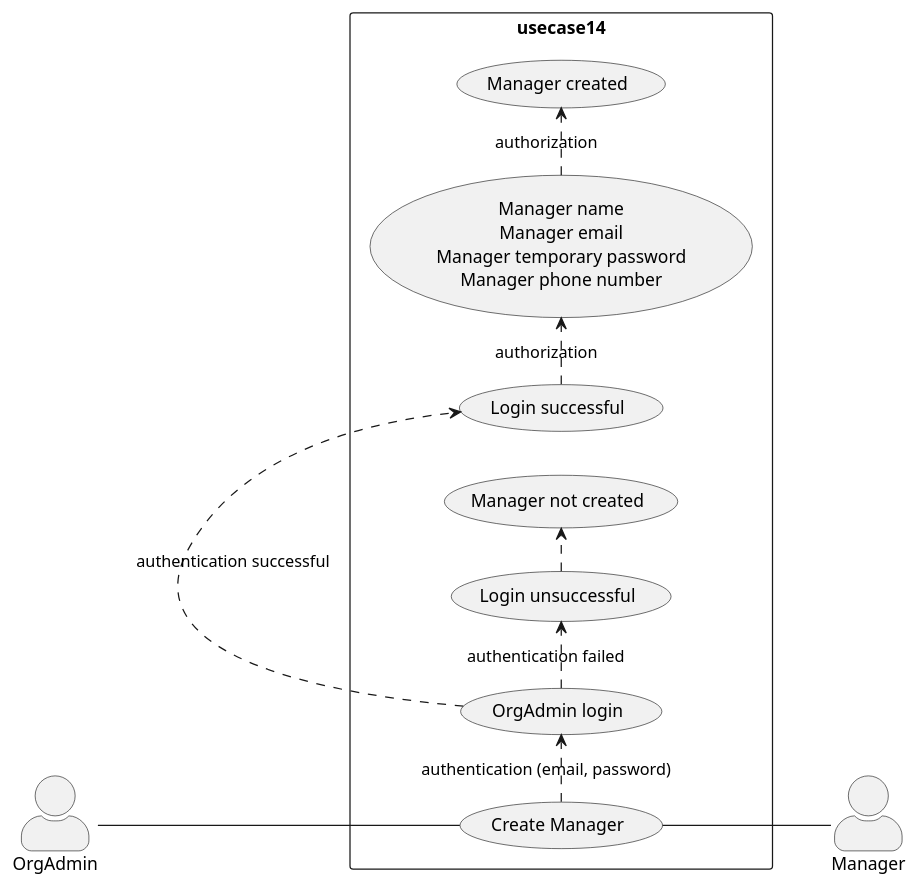
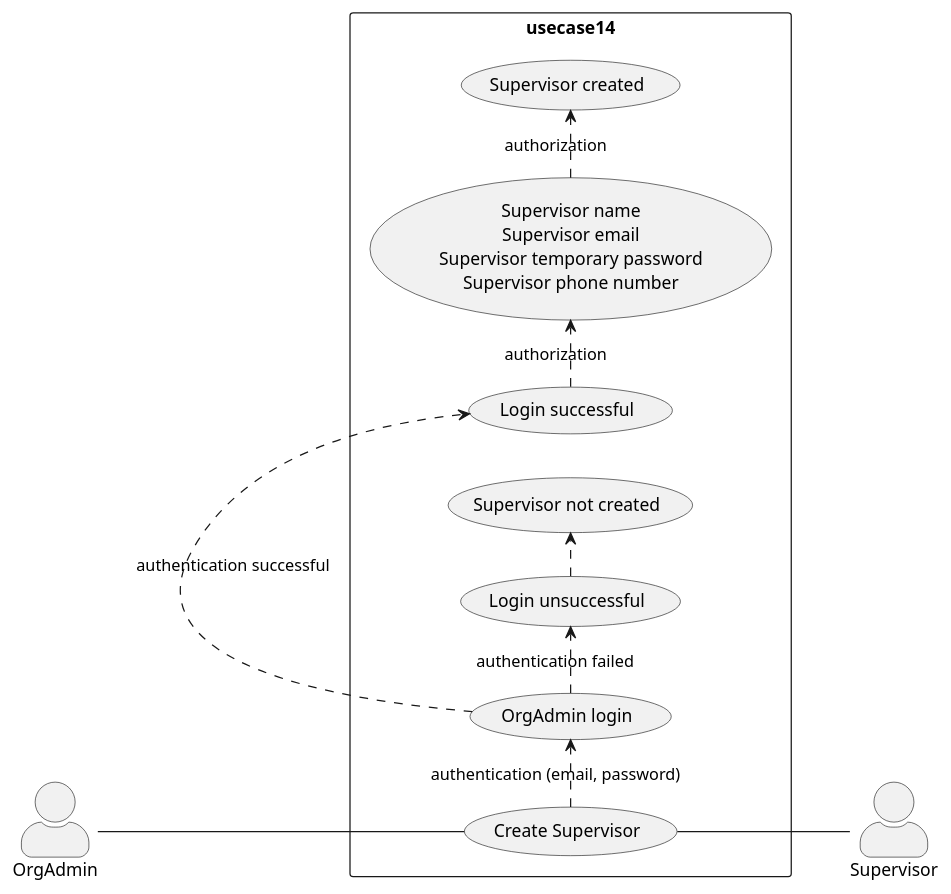
The diagram in 14_org_admin_usecase14.wsd (wawerualbert/CodeHub), drawn with PlantUML before and after one commit. The commit also changed 6 other files, not shown here.

Commit message:
switch supervisor and manager

```diff
--- a/14_org_admin_usecase14.wsd
+++ b/14_org_admin_usecase14.wsd
@@ -1,21 +1,21 @@
-@startuml OrgAdmin Create Manager
+@startuml OrgAdmin Create Supervisor
 
 skinparam actorStyle awesome
 left to right direction
 skinparam packageStyle rectangle
 
 actor OrgAdmin
-actor Manager
+actor Supervisor
 
 rectangle usecase14{
-  OrgAdmin-- (Create Manager)
-  (Create Manager) .> (OrgAdmin login) : authentication (email, password)
+  OrgAdmin-- (Create Supervisor)
+  (Create Supervisor) .> (OrgAdmin login) : authentication (email, password)
   (OrgAdmin login) .> (Login successful) : authentication successful
-  (Login successful) .> (Manager name\nManager email\nManager temporary password\nManager phone number) : authorization
-  (Manager name\nManager email\nManager temporary password\nManager phone number) .> (Manager created) : authorization 
+  (Login successful) .> (Supervisor name\nSupervisor email\nSupervisor temporary password\nSupervisor phone number) : authorization
+  (Supervisor name\nSupervisor email\nSupervisor temporary password\nSupervisor phone number) .> (Supervisor created) : authorization 
   (OrgAdmin login) .> (Login unsuccessful) : authentication failed
-  (Login unsuccessful) .> (Manager not created)  
-  (Create Manager)-- Manager
+  (Login unsuccessful) .> (Supervisor not created)  
+  (Create Supervisor)-- Supervisor
 }
 
 @enduml
```
